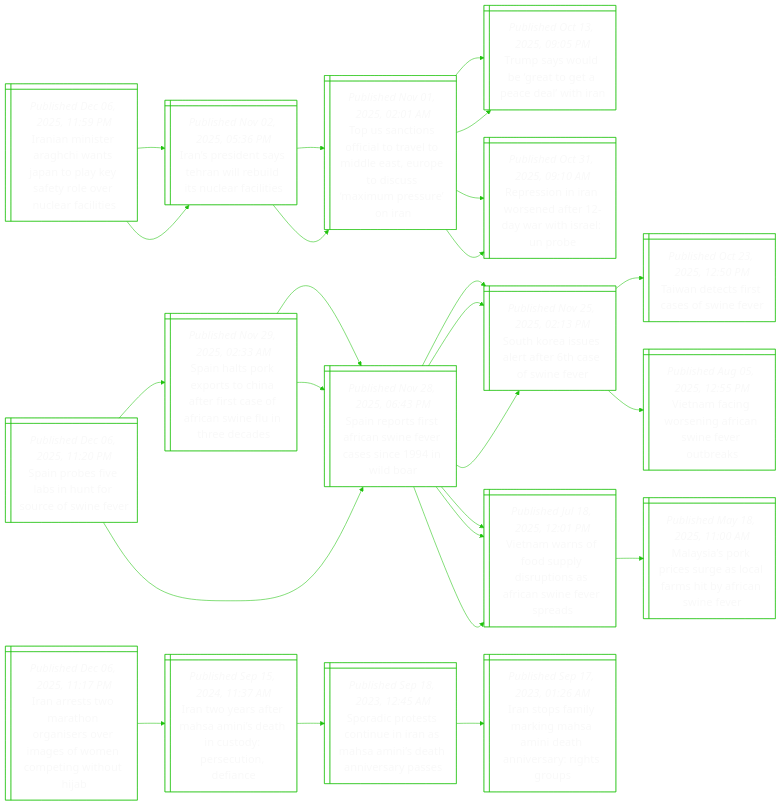
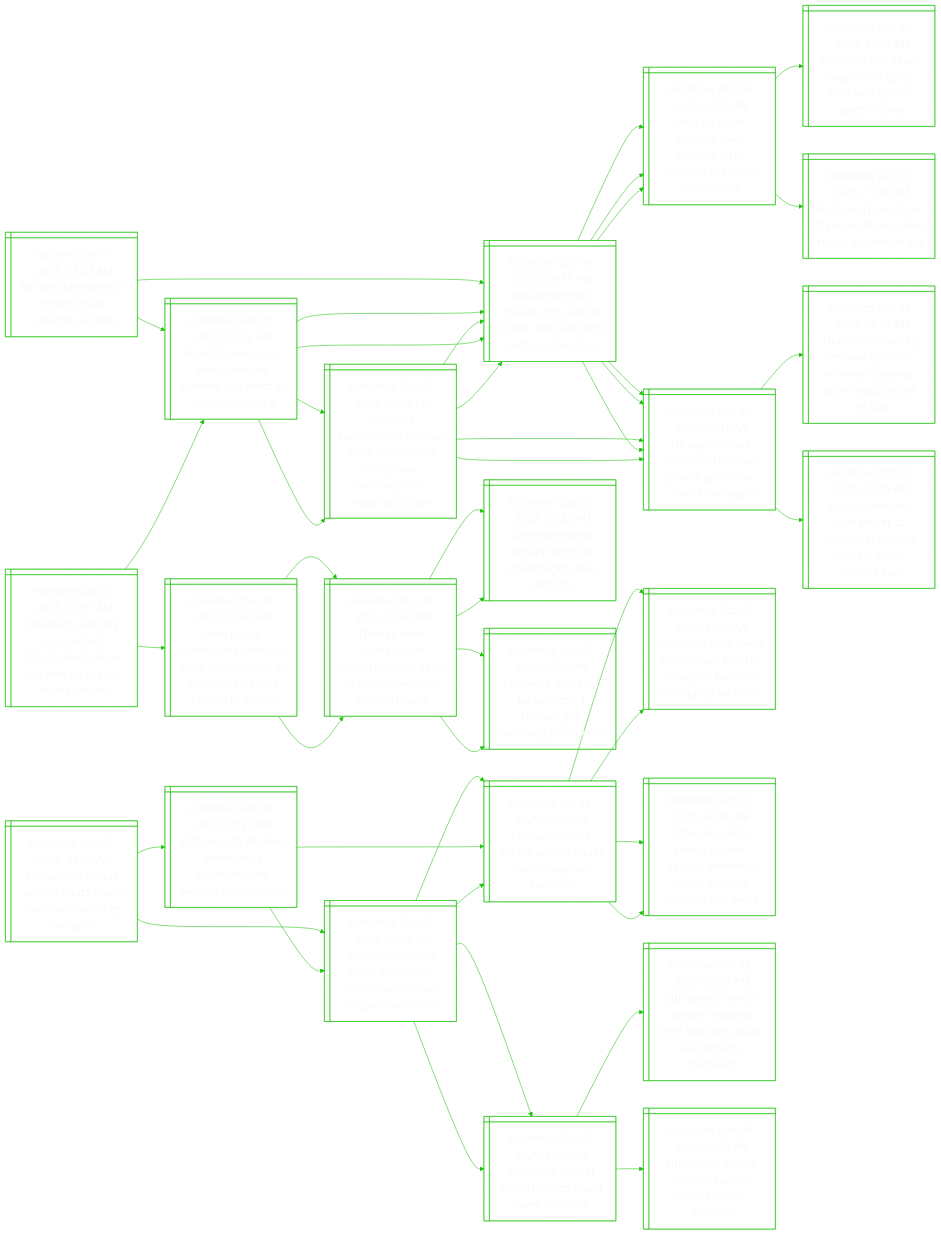
Before and after one commit to notJmes/notJmes: the diagram in README.md, drawn with Mermaid. The commit also changed other lines of this file, not shown here.

````diff
--- a/README.md
+++ b/README.md
@@ -16,88 +16,142 @@
 flowchart LR
 classDef txtsize font-size:20px;
 
-IaiAcnppeelreci@{ shape: win-pane, label: "_Published Dec 06, 2025, 11:59 PM_
-Iranian minister araghchi wants japan to play key safety role over nuclear facilities" }
-Ipdahibicfi@{ shape: win-pane, label: "_Published Nov 02, 2025, 05:36 PM_
-Iran’s president says tehran will rebuild its nuclear facilities" }
-Tsifartdsodsirrr@{ shape: win-pane, label: "_Published Nov 01, 2025, 02:01 AM_
-Top us sanctions official to travel to middle east, europe to discuss ‘maximum pressure’ on iran" }
-TsoettclI@{ shape: win-pane, label: "_Published Oct 13, 2025, 09:05 PM_
-Trump says would be ‘great to get a peace deal’ with iran" }
-RsinefawsUb@{ shape: win-pane, label: "_Published Oct 31, 2025, 09:10 AM_
-Repression in iran worsened after 12-day war with israel: un probe" }
-Ipdahibicfi@{ shape: win-pane, label: "_Published Nov 02, 2025, 05:36 PM_
-Iran’s president says tehran will rebuild its nuclear facilities" }
-Tsifartdsodsirrr@{ shape: win-pane, label: "_Published Nov 01, 2025, 02:01 AM_
-Top us sanctions official to travel to middle east, europe to discuss ‘maximum pressure’ on iran" }
-TsoettclI@{ shape: win-pane, label: "_Published Oct 13, 2025, 09:05 PM_
-Trump says would be ‘great to get a peace deal’ with iran" }
-RsinefawsUb@{ shape: win-pane, label: "_Published Oct 31, 2025, 09:10 AM_
-Repression in iran worsened after 12-day war with israel: un probe" }
+NaottirUk@{ shape: win-pane, label: "_Published Dec 07, 2025, 03:48 AM_
+No breakthrough at ‘constructive’ ukraine-us talks" }
+RansskerrocKa@{ shape: win-pane, label: "_Published Dec 06, 2025, 09:11 PM_
+Russian drones, missiles hit ukraine power and transport sectors, kyiv says" }
+Ntoaanrrotra@{ shape: win-pane, label: "_Published Dec 04, 2025, 07:38 AM_
+Next steps for ukraine talks unclear after moscow meeting, trump says" }
+Unpetrsrbitc@{ shape: win-pane, label: "_Published Nov 29, 2025, 12:09 AM_
+Ukraine’s top peace negotiator quits after raid by anti-graft officers" }
+PwEeuwesleu@{ shape: win-pane, label: "_Published Dec 02, 2025, 11:45 PM_
+Putin warns europe: if you want war, then russia will defeat you" }
+Unyrlearthde@{ shape: win-pane, label: "_Published Dec 06, 2025, 10:16 AM_
+Un agency says chornobyl nuclear plant’s protective shield damaged" }
+Unlywlmiefesei@{ shape: win-pane, label: "_Published Nov 16, 2025, 04:39 AM_
+Ukraine’s zelensky renews calls for more air defence after deadly strike on kyiv" }
+Ralcooneyllke@{ shape: win-pane, label: "_Published Oct 02, 2025, 03:39 AM_
+Russian shelling cuts power to defunct chernobyl nuclear plant, ukraine says" }
+Fermekrnznn@{ shape: win-pane, label: "_Published Dec 07, 2025, 12:16 AM_
+France’s macron to meet zelensky, starmer and merz in london on dec 8" }
+RansskerrocKa@{ shape: win-pane, label: "_Published Dec 06, 2025, 09:11 PM_
+Russian drones, missiles hit ukraine power and transport sectors, kyiv says" }
+Ntoaanrrotra@{ shape: win-pane, label: "_Published Dec 04, 2025, 07:38 AM_
+Next steps for ukraine talks unclear after moscow meeting, trump says" }
+Unyrlearthde@{ shape: win-pane, label: "_Published Dec 06, 2025, 10:16 AM_
+Un agency says chornobyl nuclear plant’s protective shield damaged" }
+Unphnanpiserttg@{ shape: win-pane, label: "_Published Dec 06, 2025, 08:01 PM_
+Ukraine’s zaporizhzhia nuclear plant temporarily lost power overnight, un watchdog says" }
+Unyrlearthde@{ shape: win-pane, label: "_Published Dec 06, 2025, 10:16 AM_
+Un agency says chornobyl nuclear plant’s protective shield damaged" }
+RansskerrocKa@{ shape: win-pane, label: "_Published Dec 06, 2025, 09:11 PM_
+Russian drones, missiles hit ukraine power and transport sectors, kyiv says" }
 
-IaiAcnppeelreci:::txtsize --> Ipdahibicfi:::txtsize
-Ipdahibicfi:::txtsize --> Tsifartdsodsirrr:::txtsize
-Tsifartdsodsirrr:::txtsize --> TsoettclI:::txtsize
-Tsifartdsodsirrr:::txtsize --> RsinefawsUb:::txtsize
-IaiAcnppeelreci:::txtsize --> Ipdahibicfi:::txtsize
-Ipdahibicfi:::txtsize --> Tsifartdsodsirrr:::txtsize
-Tsifartdsodsirrr:::txtsize --> TsoettclI:::txtsize
-Tsifartdsodsirrr:::txtsize --> RsinefawsUb:::txtsize
+NaottirUk:::txtsize --> RansskerrocKa:::txtsize
+RansskerrocKa:::txtsize --> Ntoaanrrotra:::txtsize
+Ntoaanrrotra:::txtsize --> Unpetrsrbitc:::txtsize
+Ntoaanrrotra:::txtsize --> PwEeuwesleu:::txtsize
+RansskerrocKa:::txtsize --> Unyrlearthde:::txtsize
+Unyrlearthde:::txtsize --> Unlywlmiefesei:::txtsize
+Unyrlearthde:::txtsize --> Ralcooneyllke:::txtsize
+NaottirUk:::txtsize --> Fermekrnznn:::txtsize
+Fermekrnznn:::txtsize --> RansskerrocKa:::txtsize
+RansskerrocKa:::txtsize --> Ntoaanrrotra:::txtsize
+RansskerrocKa:::txtsize --> Unyrlearthde:::txtsize
+Fermekrnznn:::txtsize --> Unphnanpiserttg:::txtsize
+Unphnanpiserttg:::txtsize --> Unyrlearthde:::txtsize
+Unphnanpiserttg:::txtsize --> RansskerrocKa:::txtsize
 
-Spslnfufer@{ shape: win-pane, label: "_Published Dec 06, 2025, 11:20 PM_
-Spain probes five labs in hunt for source of swine fever" }
-Shpxsitrsfnened@{ shape: win-pane, label: "_Published Nov 29, 2025, 02:33 AM_
-Spain halts pork exports to china after first case of african swine flu in three decades" }
-Srtsiweainb@{ shape: win-pane, label: "_Published Nov 28, 2025, 06:43 PM_
-Spain reports first african swine fever cases since 1994 in wild boar" }
-SKistrswe@{ shape: win-pane, label: "_Published Nov 25, 2025, 02:13 PM_
-South korea issues alert after 6th case of swine fever" }
-Vanopitaiweps@{ shape: win-pane, label: "_Published Jul 18, 2025, 12:01 PM_
-Vietnam warns of food supply disruptions as african swine fever spreads" }
-Srtsiweainb@{ shape: win-pane, label: "_Published Nov 28, 2025, 06:43 PM_
-Spain reports first african swine fever cases since 1994 in wild boar" }
-SKistrswe@{ shape: win-pane, label: "_Published Nov 25, 2025, 02:13 PM_
-South korea issues alert after 6th case of swine fever" }
-Vanopitaiweps@{ shape: win-pane, label: "_Published Jul 18, 2025, 12:01 PM_
-Vietnam warns of food supply disruptions as african swine fever spreads" }
-Srtsiweainb@{ shape: win-pane, label: "_Published Nov 28, 2025, 06:43 PM_
-Spain reports first african swine fever cases since 1994 in wild boar" }
-SKistrswe@{ shape: win-pane, label: "_Published Nov 25, 2025, 02:13 PM_
-South korea issues alert after 6th case of swine fever" }
-Tncrssf@{ shape: win-pane, label: "_Published Oct 23, 2025, 12:50 PM_
-Taiwan detects first cases of swine fever" }
-Vairniweua@{ shape: win-pane, label: "_Published Aug 05, 2025, 12:55 PM_
-Vietnam facing worsening african swine fever outbreaks" }
-Vanopitaiweps@{ shape: win-pane, label: "_Published Jul 18, 2025, 12:01 PM_
-Vietnam warns of food supply disruptions as african swine fever spreads" }
-Msoiuslsyciv@{ shape: win-pane, label: "_Published May 18, 2025, 11:00 AM_
-Malaysia’s pork prices surge as local farms hit by african swine fever" }
+LaVuphgvlssp@{ shape: win-pane, label: "_Published Dec 07, 2025, 01:31 AM_
+Lithuania’s vilnius airport shuts again over balloons in its airspace" }
+Buhaeocsaesvt@{ shape: win-pane, label: "_Published Dec 02, 2025, 03:59 AM_
+Belarus, lithuania trade diplomatic barbs over alleged airspace violations" }
+Lahisoaeabo@{ shape: win-pane, label: "_Published Oct 31, 2025, 03:06 AM_
+Lithuania shuts vilnius airport again due to weather balloons" }
+Laawholsllsugrc@{ shape: win-pane, label: "_Published Oct 28, 2025, 12:59 AM_
+Lithuania says it will shoot down belarus smuggler balloons disrupting air traffic" }
+Lahisolbruicite@{ shape: win-pane, label: "_Published Oct 27, 2025, 04:40 AM_
+Lithuania shuts vilnius airport, belarus border in fourth airspace incident this week" }
+Laaloogvls@{ shape: win-pane, label: "_Published Dec 01, 2025, 12:59 AM_
+Lithuania capital airport closes again over balloons" }
+LaVupesroausii@{ shape: win-pane, label: "_Published Oct 05, 2025, 02:01 PM_
+Lithuania’s vilnius airport reopens after balloons cause suspension, diversions" }
+LaVupesroct@{ shape: win-pane, label: "_Published Nov 24, 2025, 03:57 PM_
+Lithuania’s vilnius airport reopens after balloon incident" }
+LaoaecunBulP@{ shape: win-pane, label: "_Published Dec 05, 2025, 10:37 PM_
+Lithuania to declare ‘emergency situation’ over belarus balloons: pm" }
+Lahisoaeabo@{ shape: win-pane, label: "_Published Oct 31, 2025, 03:06 AM_
+Lithuania shuts vilnius airport again due to weather balloons" }
+Laawholsllsugrc@{ shape: win-pane, label: "_Published Oct 28, 2025, 12:59 AM_
+Lithuania says it will shoot down belarus smuggler balloons disrupting air traffic" }
+Lahisolbruicite@{ shape: win-pane, label: "_Published Oct 27, 2025, 04:40 AM_
+Lithuania shuts vilnius airport, belarus border in fourth airspace incident this week" }
+Buhaeocsaesvt@{ shape: win-pane, label: "_Published Dec 02, 2025, 03:59 AM_
+Belarus, lithuania trade diplomatic barbs over alleged airspace violations" }
+Lahisoaeabo@{ shape: win-pane, label: "_Published Oct 31, 2025, 03:06 AM_
+Lithuania shuts vilnius airport again due to weather balloons" }
+Laaloogvls@{ shape: win-pane, label: "_Published Dec 01, 2025, 12:59 AM_
+Lithuania capital airport closes again over balloons" }
 
-Spslnfufer:::txtsize --> Shpxsitrsfnened:::txtsize
-Shpxsitrsfnened:::txtsize --> Srtsiweainb:::txtsize
-Srtsiweainb:::txtsize --> SKistrswe:::txtsize
-Srtsiweainb:::txtsize --> Vanopitaiweps:::txtsize
-Shpxsitrsfnened:::txtsize --> Srtsiweainb:::txtsize
-Srtsiweainb:::txtsize --> SKistrswe:::txtsize
-Srtsiweainb:::txtsize --> Vanopitaiweps:::txtsize
-Spslnfufer:::txtsize --> Srtsiweainb:::txtsize
-Srtsiweainb:::txtsize --> SKistrswe:::txtsize
-SKistrswe:::txtsize --> Tncrssf:::txtsize
-SKistrswe:::txtsize --> Vairniweua:::txtsize
-Srtsiweainb:::txtsize --> Vanopitaiweps:::txtsize
-Vanopitaiweps:::txtsize --> Msoiuslsyciv:::txtsize
+LaVuphgvlssp:::txtsize --> Buhaeocsaesvt:::txtsize
+Buhaeocsaesvt:::txtsize --> Lahisoaeabo:::txtsize
+Lahisoaeabo:::txtsize --> Laawholsllsugrc:::txtsize
+Lahisoaeabo:::txtsize --> Lahisolbruicite:::txtsize
+Buhaeocsaesvt:::txtsize --> Laaloogvls:::txtsize
+Laaloogvls:::txtsize --> LaVupesroausii:::txtsize
+Laaloogvls:::txtsize --> LaVupesroct:::txtsize
+LaVuphgvlssp:::txtsize --> LaoaecunBulP:::txtsize
+LaoaecunBulP:::txtsize --> Lahisoaeabo:::txtsize
+Lahisoaeabo:::txtsize --> Laawholsllsugrc:::txtsize
+Lahisoaeabo:::txtsize --> Lahisolbruicite:::txtsize
+LaoaecunBulP:::txtsize --> Buhaeocsaesvt:::txtsize
+Buhaeocsaesvt:::txtsize --> Lahisoaeabo:::txtsize
+Buhaeocsaesvt:::txtsize --> Laaloogvls:::txtsize
 
-Irsaoarreooith@{ shape: win-pane, label: "_Published Dec 06, 2025, 11:17 PM_
-Iran arrests two marathon organisers over images of women competing without hijab" }
-Iwresnacdsife@{ shape: win-pane, label: "_Published Sep 15, 2024, 11:37 AM_
-Iran two years after mahsa amini’s death in custody: persecution, defiance" }
-Sdosinasnansa@{ shape: win-pane, label: "_Published Sep 18, 2023, 12:45 AM_
-Sporadic protests continue in iran as mahsa amini’s death anniversary passes" }
-Itamnsntiagr@{ shape: win-pane, label: "_Published Sep 17, 2023, 01:26 AM_
-Iran stops family marking mahsa amini death anniversary: rights groups" }
+UnlyhsaeewSivt@{ shape: win-pane, label: "_Published Dec 07, 2025, 01:01 AM_
+Ukraine’s zelensky says he had ‘substantive’ phone call with us special envoy witkoff" }
+Fermekrnznn@{ shape: win-pane, label: "_Published Dec 07, 2025, 12:16 AM_
+France’s macron to meet zelensky, starmer and merz in london on dec 8" }
+RansskerrocKa@{ shape: win-pane, label: "_Published Dec 06, 2025, 09:11 PM_
+Russian drones, missiles hit ukraine power and transport sectors, kyiv says" }
+Ntoaanrrotra@{ shape: win-pane, label: "_Published Dec 04, 2025, 07:38 AM_
+Next steps for ukraine talks unclear after moscow meeting, trump says" }
+Unyrlearthde@{ shape: win-pane, label: "_Published Dec 06, 2025, 10:16 AM_
+Un agency says chornobyl nuclear plant’s protective shield damaged" }
+Unphnanpiserttg@{ shape: win-pane, label: "_Published Dec 06, 2025, 08:01 PM_
+Ukraine’s zaporizhzhia nuclear plant temporarily lost power overnight, un watchdog says" }
+Unyrlearthde@{ shape: win-pane, label: "_Published Dec 06, 2025, 10:16 AM_
+Un agency says chornobyl nuclear plant’s protective shield damaged" }
+RansskerrocKa@{ shape: win-pane, label: "_Published Dec 06, 2025, 09:11 PM_
+Russian drones, missiles hit ukraine power and transport sectors, kyiv says" }
+IpestisdsaaZsnni@{ shape: win-pane, label: "_Published Dec 06, 2025, 12:40 AM_
+Irish police investigate ‘military style’ drones seen as ukraine’s zelensky landed in dublin" }
+Dssernlpoiirdr@{ shape: win-pane, label: "_Published Dec 05, 2025, 02:50 AM_
+Drones were spotted near zelensky flight path to dublin, media in ireland report" }
+DsiithChOit@{ shape: win-pane, label: "_Published Sep 23, 2025, 08:52 AM_
+Drone sightings disrupt flights at copenhagen, oslo airports" }
+EeatsesPmna@{ shape: win-pane, label: "_Published Sep 01, 2025, 07:39 PM_
+Eu chief’s plane hit by suspected russian gps jamming in bulgaria" }
+Dssernlpoiirdr@{ shape: win-pane, label: "_Published Dec 05, 2025, 02:50 AM_
+Drones were spotted near zelensky flight path to dublin, media in ireland report" }
+DsiithChOit@{ shape: win-pane, label: "_Published Sep 23, 2025, 08:52 AM_
+Drone sightings disrupt flights at copenhagen, oslo airports" }
+EeatsesPmna@{ shape: win-pane, label: "_Published Sep 01, 2025, 07:39 PM_
+Eu chief’s plane hit by suspected russian gps jamming in bulgaria" }
 
-Irsaoarreooith:::txtsize --> Iwresnacdsife:::txtsize
-Iwresnacdsife:::txtsize --> Sdosinasnansa:::txtsize
-Sdosinasnansa:::txtsize --> Itamnsntiagr:::txtsize
+UnlyhsaeewSivt:::txtsize --> Fermekrnznn:::txtsize
+Fermekrnznn:::txtsize --> RansskerrocKa:::txtsize
+RansskerrocKa:::txtsize --> Ntoaanrrotra:::txtsize
+RansskerrocKa:::txtsize --> Unyrlearthde:::txtsize
+Fermekrnznn:::txtsize --> Unphnanpiserttg:::txtsize
+Unphnanpiserttg:::txtsize --> Unyrlearthde:::txtsize
+Unphnanpiserttg:::txtsize --> RansskerrocKa:::txtsize
+UnlyhsaeewSivt:::txtsize --> IpestisdsaaZsnni:::txtsize
+IpestisdsaaZsnni:::txtsize --> Dssernlpoiirdr:::txtsize
+Dssernlpoiirdr:::txtsize --> DsiithChOit:::txtsize
+Dssernlpoiirdr:::txtsize --> EeatsesPmna:::txtsize
+IpestisdsaaZsnni:::txtsize --> Dssernlpoiirdr:::txtsize
+Dssernlpoiirdr:::txtsize --> DsiithChOit:::txtsize
+Dssernlpoiirdr:::txtsize --> EeatsesPmna:::txtsize
 
 ```
````
